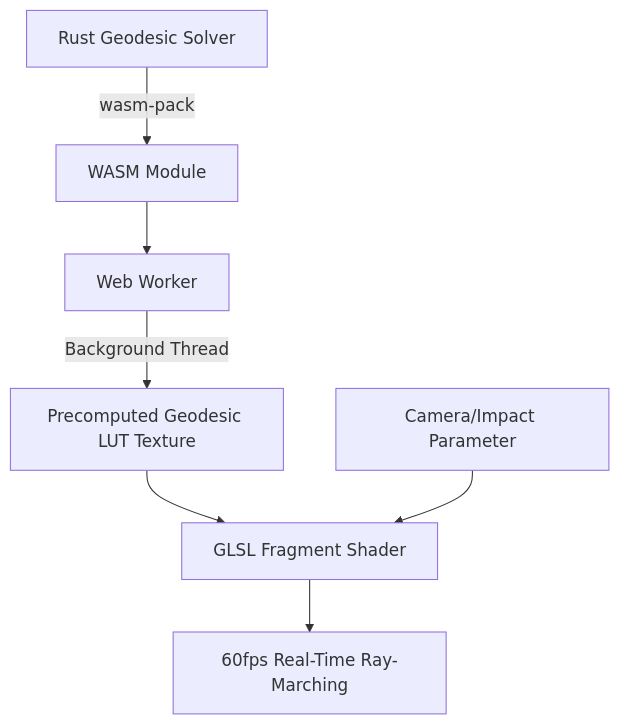
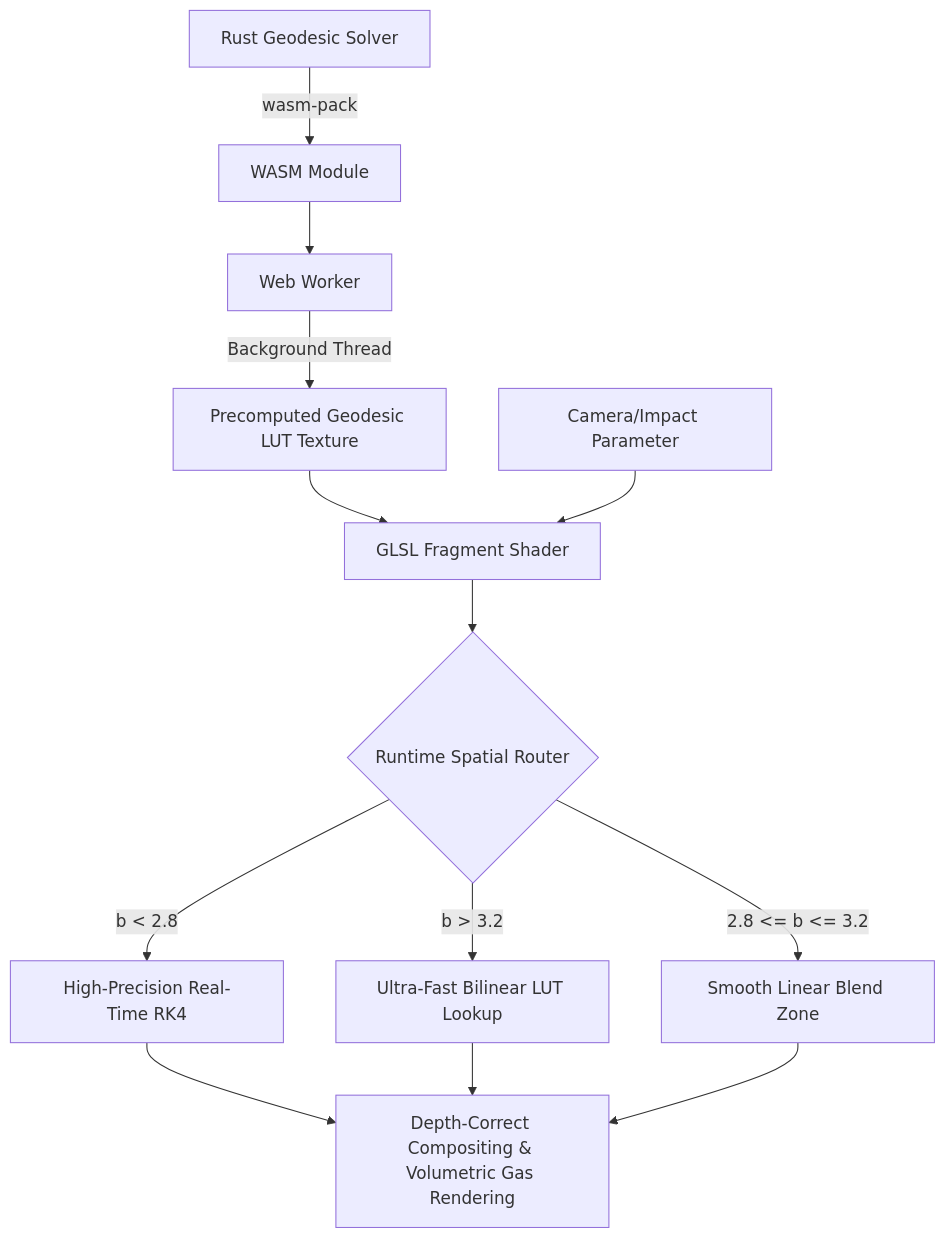
The diagram in AGENTS.md (CaioGabriel777/Event-Horizon), drawn with Mermaid before and after one commit. The commit also changed other lines of this file and 3 other files, not shown here.

Commit message:
doc: update architecture guidelines, project readme, and assets for black hole v2

````diff
--- a/AGENTS.md
+++ b/AGENTS.md
@@ -17,9 +17,15 @@
 ```mermaid
 graph TD
     A[Rust Geodesic Solver] -- wasm-pack --> B[WASM Module]
     B --> C[Web Worker]
     C -- Background Thread --> D[Precomputed Geodesic LUT Texture]
     D --> E[GLSL Fragment Shader]
     F[Camera/Impact Parameter] --> E
-    E --> G[60fps Real-Time Ray-Marching]
+    E --> H{Runtime Spatial Router}
+    H -- b < 2.8 --> I[High-Precision Real-Time RK4]
+    H -- b > 3.2 --> J[Ultra-Fast Bilinear LUT Lookup]
+    H -- 2.8 <= b <= 3.2 --> K[Smooth Linear Blend Zone]
+    I --> G[Depth-Correct Compositing & Volumetric Gas Rendering]
+    J --> G
+    K --> G
 ```
````
